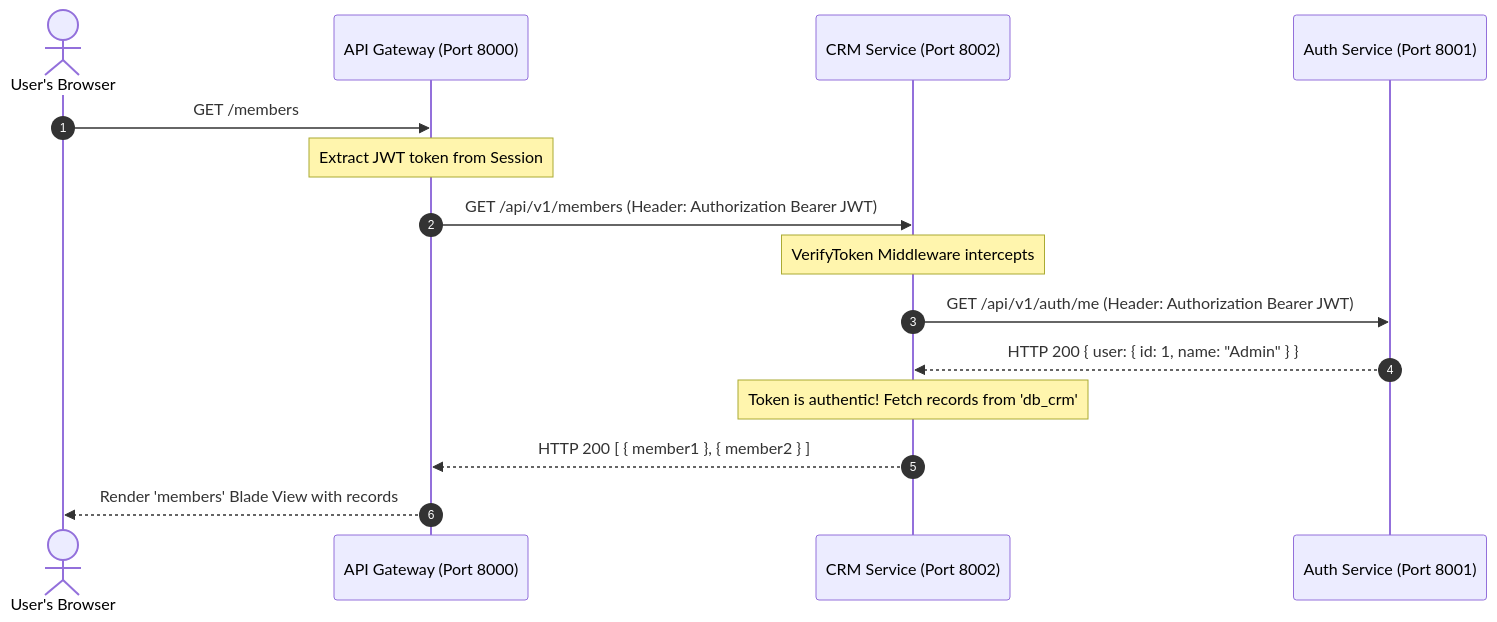
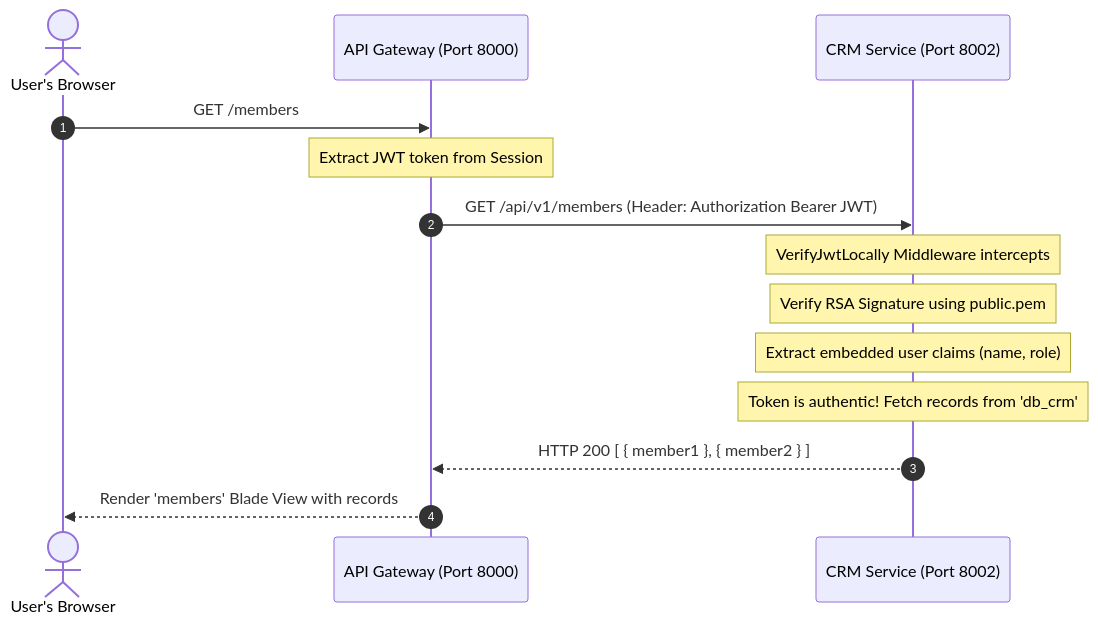
Before and after one commit to reiz-hub/Mini-ERP: the third of 4 diagrams in ARCHITECTURE.md, drawn with Mermaid. The commit also changed other lines of this file and 31 other files, not shown here.

Commit message:
Added architecture prompt and updates

````diff
--- a/ARCHITECTURE.md
+++ b/ARCHITECTURE.md
@@ -106,18 +111,17 @@
 ```mermaid
 sequenceDiagram
     autonumber
     actor Browser as User's Browser
     participant Gateway as API Gateway (Port 8000)
     participant CRM as CRM Service (Port 8002)
-    participant Auth as Auth Service (Port 8001)
 
     Browser->>Gateway: GET /members
     Note over Gateway: Extract JWT token from Session
     Gateway->>CRM: GET /api/v1/members (Header: Authorization Bearer JWT)
-    Note over CRM: VerifyToken Middleware intercepts
-    CRM->>Auth: GET /api/v1/auth/me (Header: Authorization Bearer JWT)
-    Auth-->>CRM: HTTP 200 { user: { id: 1, name: "Admin" } }
+    Note over CRM: VerifyJwtLocally Middleware intercepts
+    Note over CRM: Verify RSA Signature using public.pem
+    Note over CRM: Extract embedded user claims (name, role)
     Note over CRM: Token is authentic! Fetch records from 'db_crm'
     CRM-->>Gateway: HTTP 200 [ { member1 }, { member2 } ]
     Gateway-->>Browser: Render 'members' Blade View with records
 ```
````
